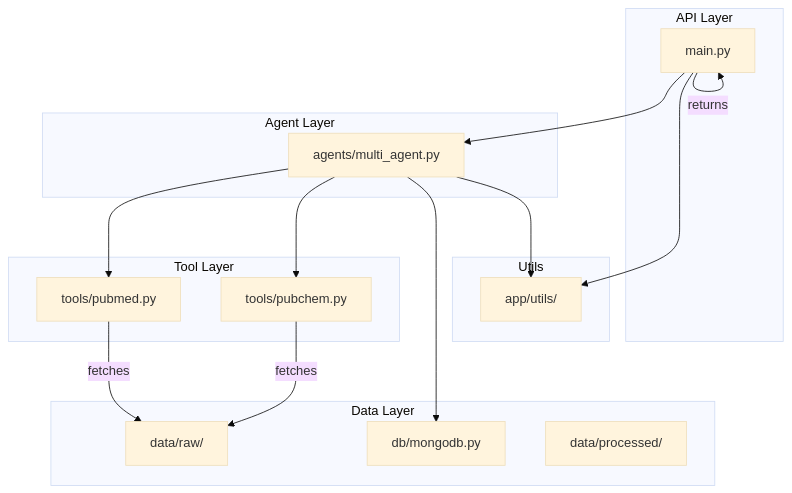
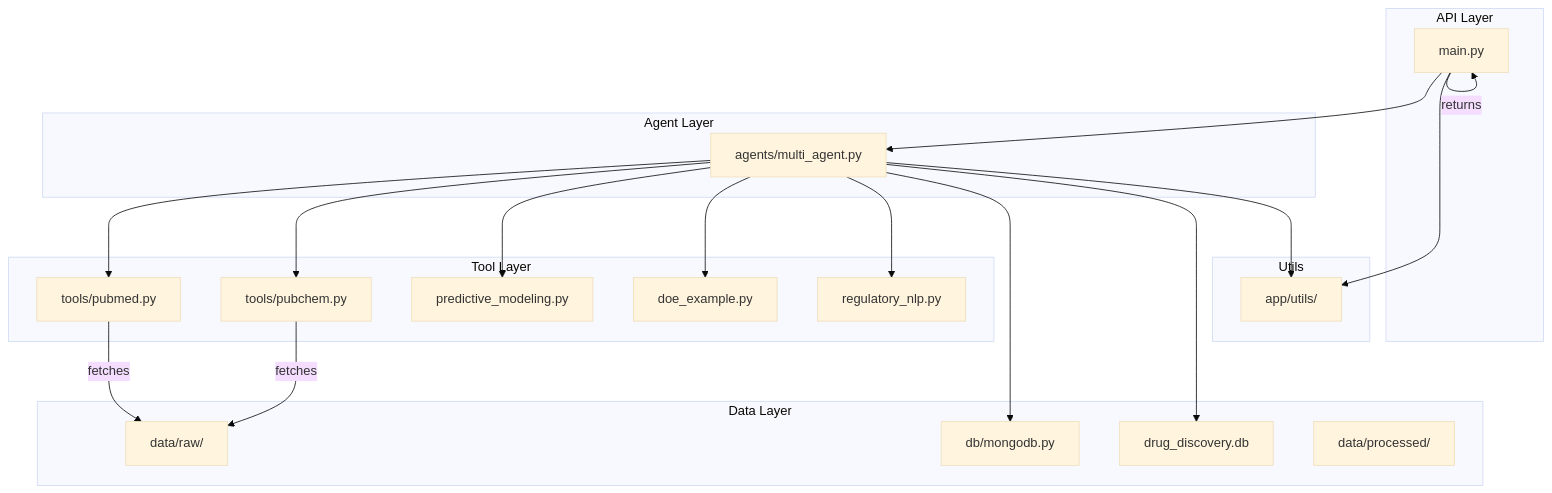
Before and after one commit to justin-mbca/drug-discovery-ai: the first of 2 diagrams in README.md, drawn with Mermaid (base theme). The commit also changed other lines of this file and 6 other files, not shown here.

Commit message:
Add predictive modeling, SQL integration, DoE, regulatory NLP features and update diagrams in README

````diff
--- a/README.md
+++ b/README.md
@@ -6,30 +5,38 @@
 ```mermaid
 graph TD;
 	subgraph API Layer
 		Main[main.py]
 	end
 	subgraph Agent Layer
 		Crew[agents/multi_agent.py]
 	end
 	subgraph Tool Layer
 		PubMedTool[tools/pubmed.py]
 		PubChemTool[tools/pubchem.py]
+		PredictiveModeling[predictive_modeling.py]
+		DoE[doe_example.py]
+		RegulatoryNLP[regulatory_nlp.py]
 	end
 	subgraph Data Layer
 		DB[db/mongodb.py]
+		SQLDB[drug_discovery.db]
 		DataRaw[data/raw/]
 		DataProcessed[data/processed/]
 	end
 	subgraph Utils
 		UtilsNode[app/utils/]
 	end
 	Main --> Crew
 	Crew --> PubMedTool
 	Crew --> PubChemTool
+	Crew --> PredictiveModeling
+	Crew --> DoE
+	Crew --> RegulatoryNLP
 	PubMedTool -->|fetches| DataRaw
 	PubChemTool -->|fetches| DataRaw
 	Crew --> DB
+	Crew --> SQLDB
 	Main --> UtilsNode
 	Crew --> UtilsNode
 	Main -->|returns| Main
 ```
````
